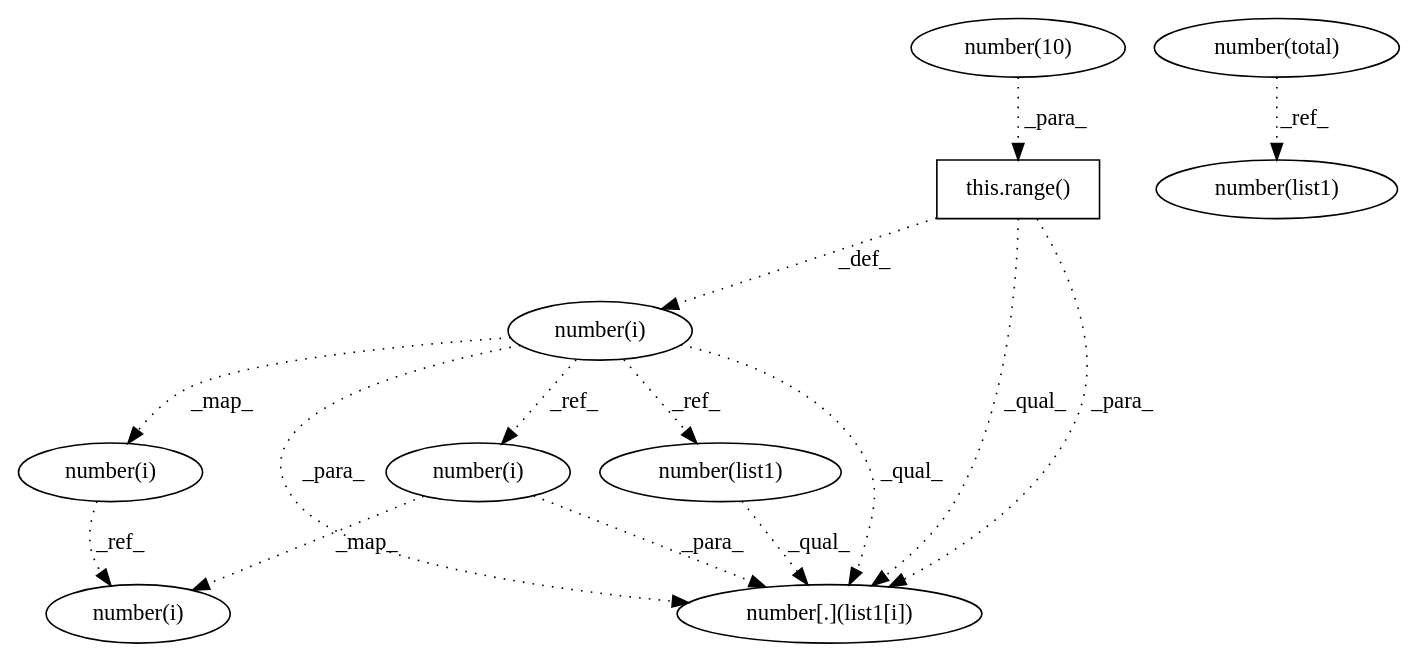
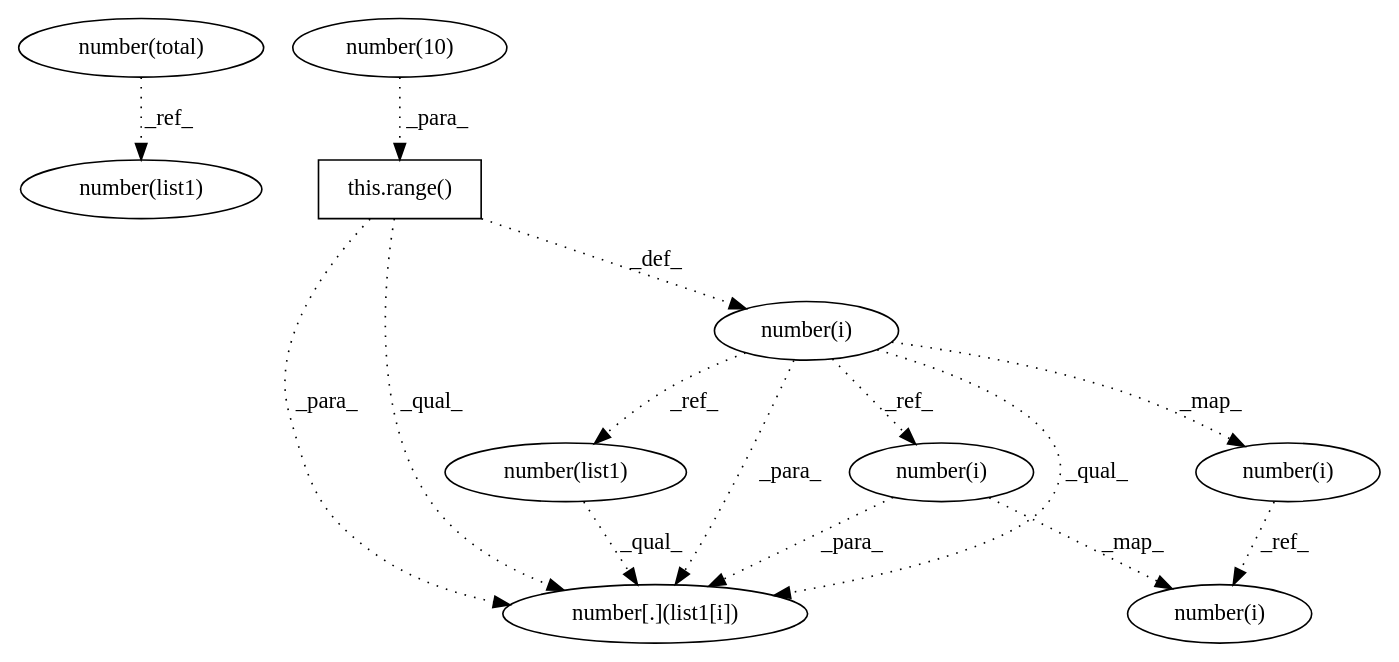
One commit to maldil/R-CPATMiner changed the diagram in AtomicASTChangeMining/OUTPUT/DEBUG/d61610a2e8aeffc66038f7f94d8f5a44e899017f___0.dot. Above: the diagram before and after it, drawn with Graphviz. The commit also changed 75 other files, not shown here.

```diff
--- a/AtomicASTChangeMining/OUTPUT/DEBUG/d61610a2e8aeffc66038f7f94d8f5a44e899017f___0.dot
+++ b/AtomicASTChangeMining/OUTPUT/DEBUG/d61610a2e8aeffc66038f7f94d8f5a44e899017f___0.dot
@@ -1,26 +1,26 @@
 digraph G {
-1 [label="number(i)" shape=ellipse]
-2 [label="this.range()" shape=box]
-3 [label="number(list1)" shape=ellipse]
-4 [label="number(list1)" shape=ellipse]
-5 [label="number(total)" shape=ellipse]
+1 [label="number(total)" shape=ellipse]
+2 [label="number(10)" shape=ellipse]
+3 [label="this.range()" shape=box]
+4 [label="number[.](list1[i])" shape=ellipse]
+5 [label="number(list1)" shape=ellipse]
 6 [label="number(i)" shape=ellipse]
 7 [label="number(i)" shape=ellipse]
-8 [label="number[.](list1[i])" shape=ellipse]
-9 [label="number(i)" shape=ellipse]
-10 [label="number(10)" shape=ellipse]
-2 -> 1 [label="_def_" style=dotted];
-10 -> 2 [label="_para_" style=dotted];
-5 -> 3 [label="_ref_" style=dotted];
-1 -> 4 [label="_ref_" style=dotted];
-1 -> 6 [label="_map_" style=dotted];
-6 -> 7 [label="_ref_" style=dotted];
-9 -> 7 [label="_map_" style=dotted];
-4 -> 8 [label="_qual_" style=dotted];
-9 -> 8 [label="_para_" style=dotted];
-1 -> 8 [label="_qual_" style=dotted];
-2 -> 8 [label="_qual_" style=dotted];
-1 -> 8 [label="_para_" style=dotted];
-2 -> 8 [label="_para_" style=dotted];
-1 -> 9 [label="_ref_" style=dotted];
+8 [label="number(i)" shape=ellipse]
+9 [label="number(list1)" shape=ellipse]
+10 [label="number(i)" shape=ellipse]
+2 -> 3 [label="_para_" style=dotted];
+9 -> 4 [label="_qual_" style=dotted];
+6 -> 4 [label="_para_" style=dotted];
+8 -> 4 [label="_para_" style=dotted];
+3 -> 4 [label="_para_" style=dotted];
+8 -> 4 [label="_qual_" style=dotted];
+3 -> 4 [label="_qual_" style=dotted];
+1 -> 5 [label="_ref_" style=dotted];
+8 -> 6 [label="_ref_" style=dotted];
+8 -> 7 [label="_map_" style=dotted];
+3 -> 8 [label="_def_" style=dotted];
+8 -> 9 [label="_ref_" style=dotted];
+7 -> 10 [label="_ref_" style=dotted];
+6 -> 10 [label="_map_" style=dotted];
 }
```
